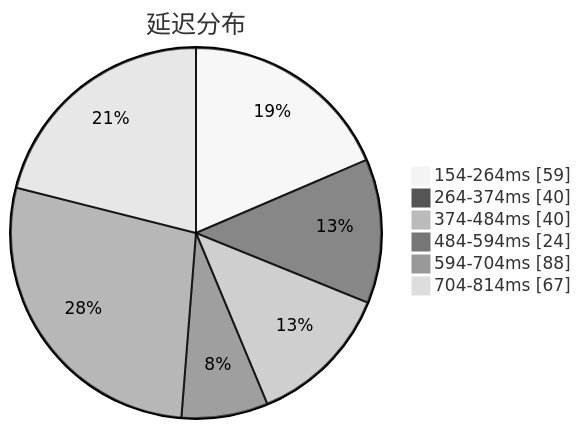
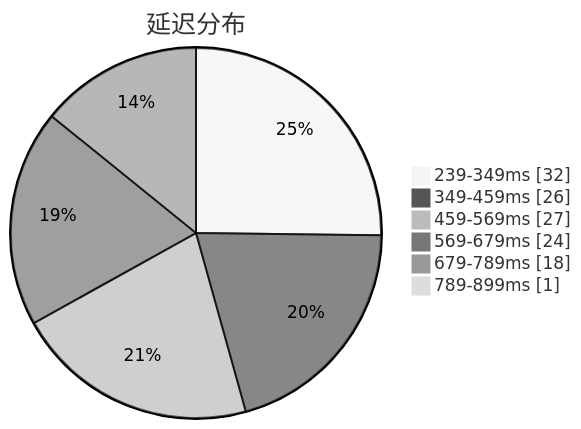
Before and after one commit to qjlxg/airport: the first of 3 diagrams in subs/statistics/tested_within.md, drawn with Mermaid (neutral theme). The commit also changed other lines of this file and 2 other files, not shown here.

````diff
--- a/subs/statistics/tested_within.md
+++ b/subs/statistics/tested_within.md
@@ -2,10 +2,10 @@
 ```mermaid
 pie showData
 title 延迟分布
-"154-264ms" : 59
-"264-374ms" : 40
-"374-484ms" : 40
-"484-594ms" : 24
-"594-704ms" : 88
-"704-814ms" : 67
+"239-349ms" : 32
+"349-459ms" : 26
+"459-569ms" : 27
+"569-679ms" : 24
+"679-789ms" : 18
+"789-899ms" : 1
 ```
````
